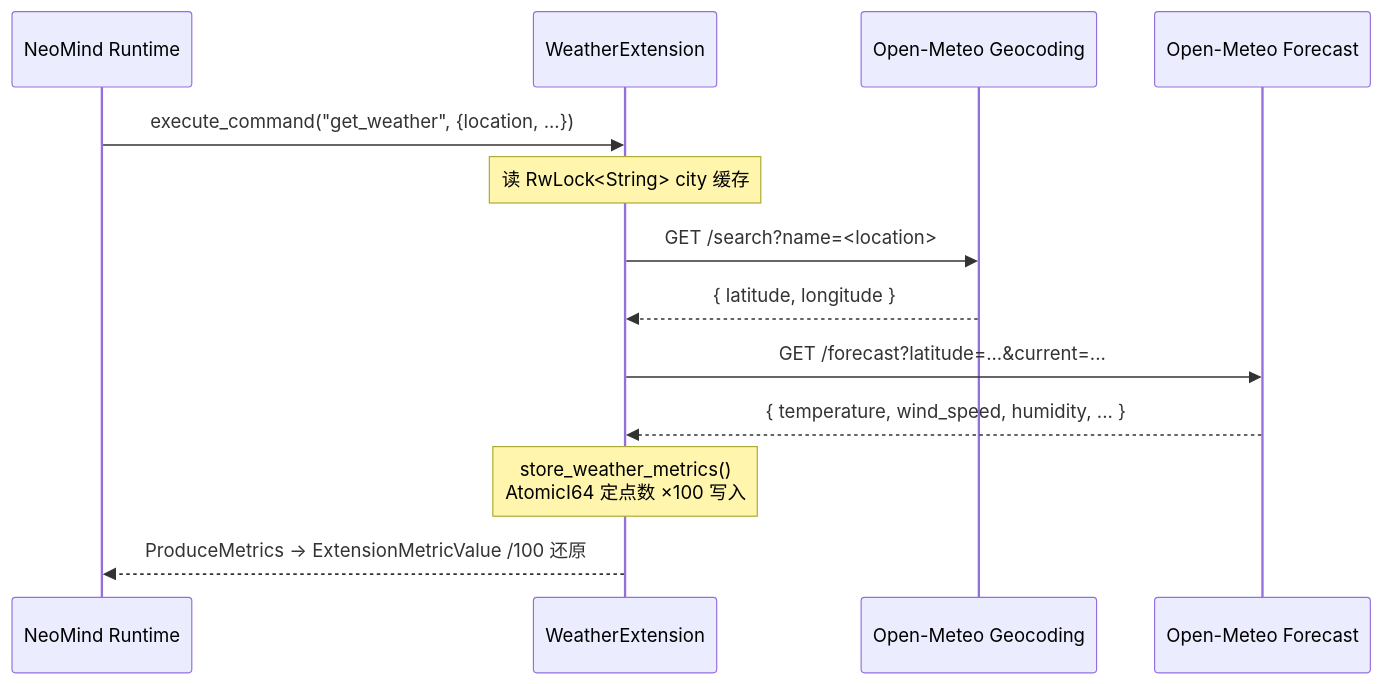
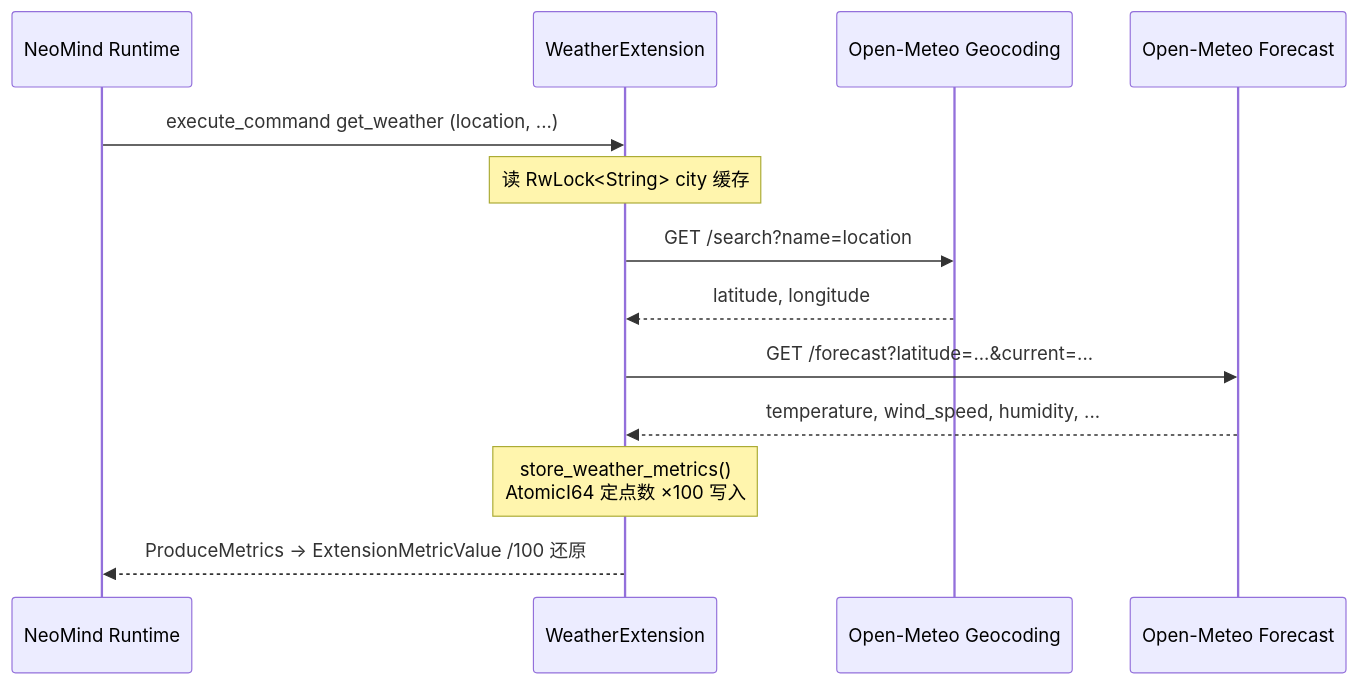
Before and after one commit to luommy/wiki-documents: the second of 2 diagrams in docs/0-neomind/developer-guide/case-studies/1-weather-forecast.md, drawn with Mermaid. The commit also changed 32 other files, not shown here.

First line of the commit message:
docs(neomind/case-studies): 修复 Mermaid 解析错误、内联枚举、NE101 虚构指令

````diff
--- a/docs/0-neomind/developer-guide/case-studies/1-weather-forecast.md
+++ b/docs/0-neomind/developer-guide/case-studies/1-weather-forecast.md
@@ -346,16 +346,16 @@
 ```mermaid
 sequenceDiagram
     participant Runtime as NeoMind Runtime
     participant Ext as WeatherExtension
     participant Geo as Open-Meteo Geocoding
     participant Forecast as Open-Meteo Forecast
 
-    Runtime->>Ext: execute_command("get_weather", {location, ...})
+    Runtime->>Ext: execute_command get_weather (location, ...)
     Note over Ext: 读 RwLock<String> city 缓存
-    Ext->>Geo: GET /search?name=<location>
-    Geo-->>Ext: { latitude, longitude }
+    Ext->>Geo: GET /search?name=location
+    Geo-->>Ext: latitude, longitude
     Ext->>Forecast: GET /forecast?latitude=...&current=...
-    Forecast-->>Ext: { temperature, wind_speed, humidity, ... }
+    Forecast-->>Ext: temperature, wind_speed, humidity, ...
     Note over Ext: store_weather_metrics()<br/>AtomicI64 定点数 ×100 写入
     Ext-->>Runtime: ProduceMetrics → ExtensionMetricValue /100 还原
 ```
````
